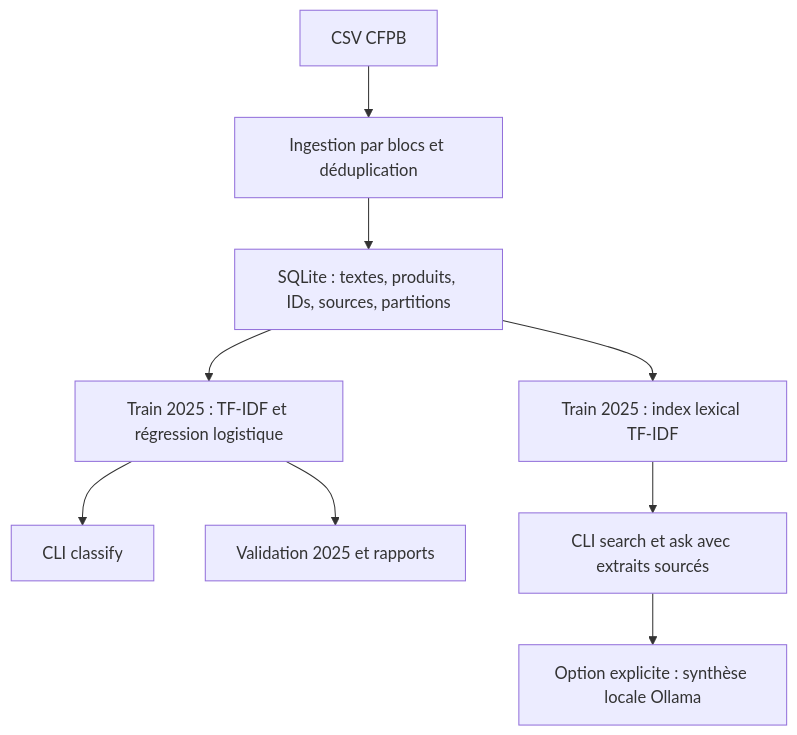
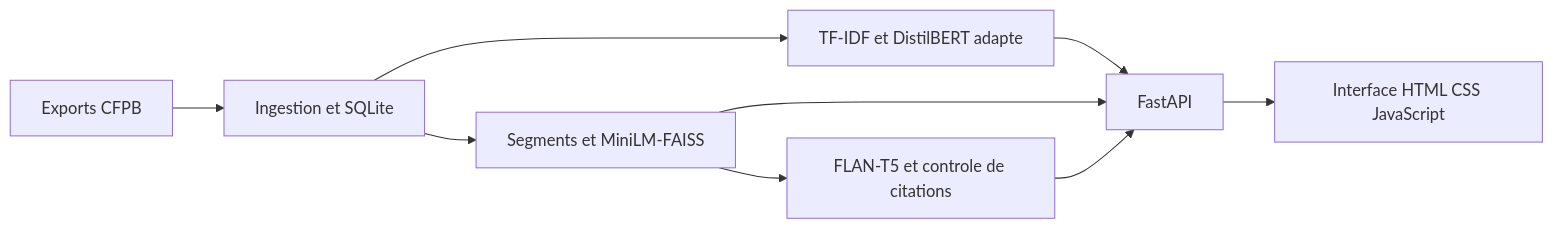
The diagram in README.md (Bahaeddinesaim/FINCOMPLAINT-AI), drawn with Mermaid before and after one commit. The commit also changed other lines of this file and 6 other files, not shown here.

````diff
--- a/README.md
+++ b/README.md
@@ -43,11 +28,11 @@
 ```mermaid
-flowchart TD
-    A[CSV CFPB] --> B[Ingestion par blocs et déduplication]
-    B --> C[SQLite : textes, produits, IDs, sources, partitions]
-    C --> D[Train 2025 : TF-IDF et régression logistique]
-    C --> E[Train 2025 : index lexical TF-IDF]
-    D --> F[CLI classify]
-    D --> G[Validation 2025 et rapports]
-    E --> H[CLI search et ask avec extraits sourcés]
-    H --> I[Option explicite : synthèse locale Ollama]
+flowchart LR
+    CSV[Exports CFPB] --> SQL[Ingestion et SQLite]
+    SQL --> CLASS[TF-IDF et DistilBERT adapte]
+    SQL --> INDEX[Segments et MiniLM-FAISS]
+    INDEX --> RAG[FLAN-T5 et controle de citations]
+    CLASS --> API[FastAPI]
+    INDEX --> API
+    RAG --> API
+    API --> UI[Interface HTML CSS JavaScript]
 ```
````
